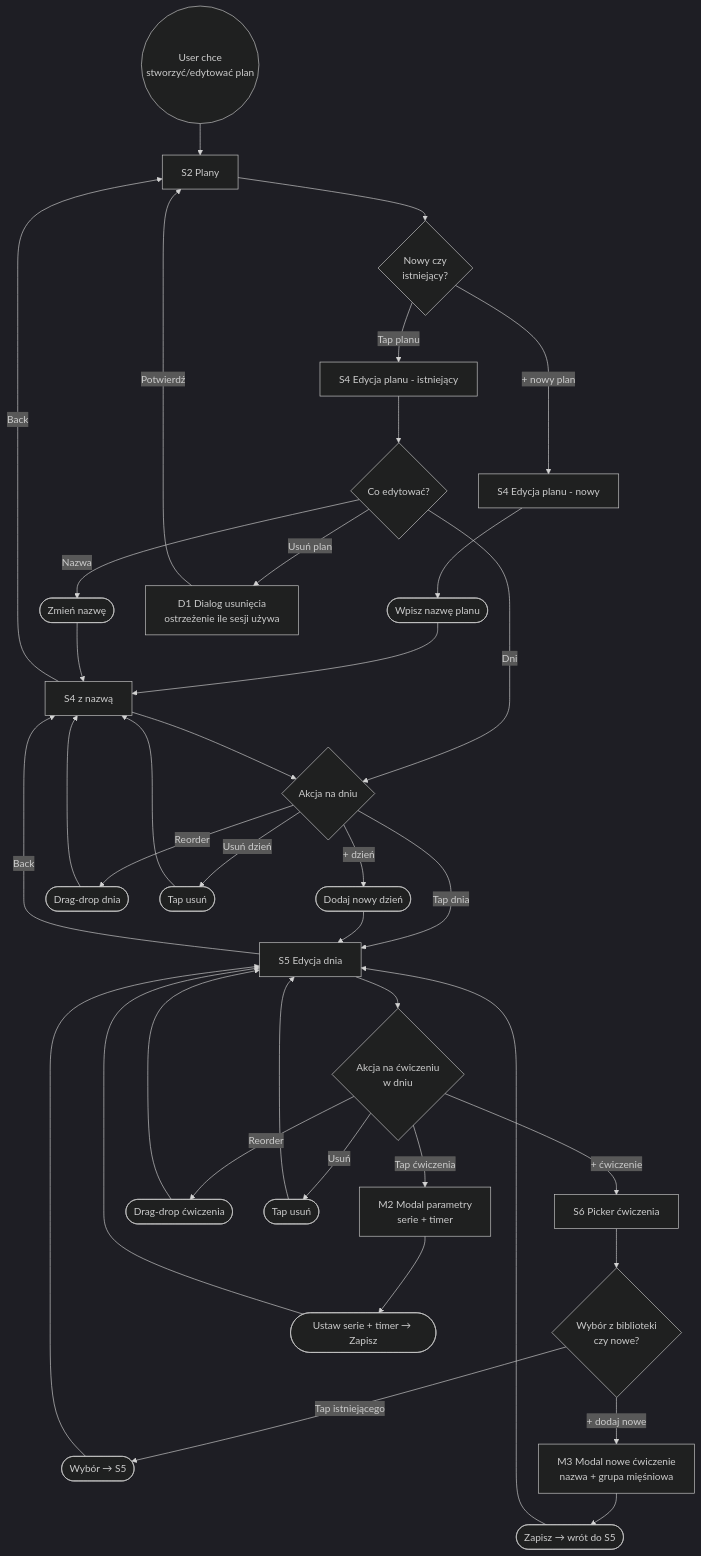
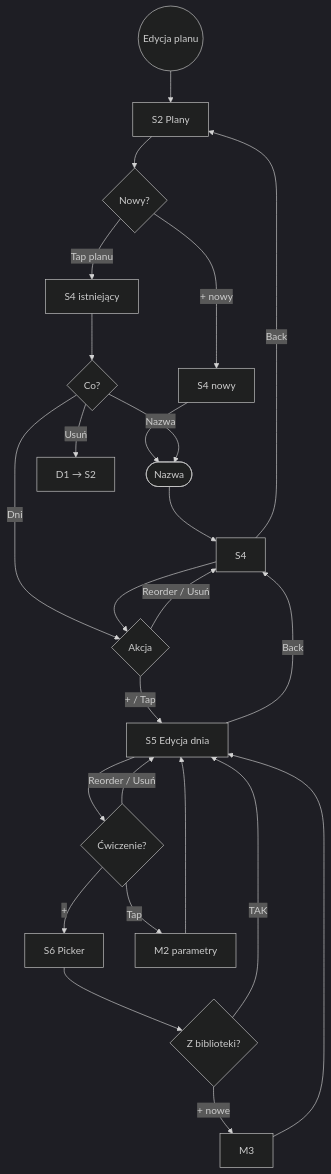
One commit to KrzysiekPorwol/PainZone_2.0 changed the fourth of 5 diagrams in docs/03-flows.md. Above: the diagram before and after it, drawn with Mermaid (dark theme). The commit also changed other lines of this file and 5 other files, not shown here.

````diff
--- a/docs/03-flows.md
+++ b/docs/03-flows.md
@@ -301,40 +167,23 @@
 ```mermaid
 flowchart TD
-    Start((User chce<br/>stworzyć/edytować plan)) --> S2[S2 Plany]
-    S2 --> Decision1{Nowy czy<br/>istniejący?}
-    Decision1 -->|+ nowy plan| S4New[S4 Edycja planu - nowy]
-    Decision1 -->|Tap planu| S4Edit[S4 Edycja planu - istniejący]
-    S4New --> ActionNameNew([Wpisz nazwę planu])
-    ActionNameNew --> S4Plan[S4 z nazwą]
-    S4Edit --> Decision2{Co edytować?}
-    Decision2 -->|Nazwa| ActionNameEdit([Zmień nazwę])
-    Decision2 -->|Dni| DaysFlow{Akcja na dniu}
-    Decision2 -->|Usuń plan| D1Plan[D1 Dialog usunięcia<br/>ostrzeżenie ile sesji używa]
-    D1Plan -->|Potwierdź| S2
-    ActionNameEdit --> S4Plan
-    S4Plan --> DaysFlow
-    DaysFlow -->|+ dzień| ActionAddDay([Dodaj nowy dzień])
-    DaysFlow -->|Tap dnia| S5[S5 Edycja dnia]
-    DaysFlow -->|Reorder| ActionReorderDay([Drag-drop dnia])
-    DaysFlow -->|Usuń dzień| ActionDeleteDay([Tap usuń])
-    ActionAddDay --> S5
-    ActionReorderDay --> S4Plan
-    ActionDeleteDay --> S4Plan
-    S5 --> ExFlow{Akcja na ćwiczeniu<br/>w dniu}
-    ExFlow -->|+ ćwiczenie| S6[S6 Picker ćwiczenia]
-    ExFlow -->|Tap ćwiczenia| M2[M2 Modal parametry<br/>serie + timer]
-    ExFlow -->|Reorder| ActionReorderEx([Drag-drop ćwiczenia])
-    ExFlow -->|Usuń| ActionDeleteEx([Tap usuń])
-    S6 --> Decision3{Wybór z biblioteki<br/>czy nowe?}
-    Decision3 -->|Tap istniejącego| BackToS5([Wybór → S5])
-    Decision3 -->|+ dodaj nowe| M3[M3 Modal nowe ćwiczenie<br/>nazwa + grupa mięśniowa]
-    M3 --> ActionSaveNew([Zapisz → wrót do S5])
-    BackToS5 --> S5
-    ActionSaveNew --> S5
-    M2 --> ActionSaveParams([Ustaw serie + timer → Zapisz])
-    ActionSaveParams --> S5
-    ActionReorderEx --> S5
-    ActionDeleteEx --> S5
-    S5 -->|Back| S4Plan
-    S4Plan -->|Back| S2
+    Start((Edycja planu)) --> S2[S2 Plany]
+    S2 --> D1{Nowy?}
+    D1 -->|+ nowy| S4N[S4 nowy]
+    D1 -->|Tap planu| S4E[S4 istniejący]
+    S4N --> Name([Nazwa]) --> S4[S4]
+    S4E --> D2{Co?}
+    D2 -->|Nazwa| Name
+    D2 -->|Dni| Days{Akcja}
+    D2 -->|Usuń| Del[D1 → S2]
+    S4 --> Days
+    Days -->|+ / Tap| S5[S5 Edycja dnia]
+    Days -->|Reorder / Usuń| S4
+    S5 --> D3{Ćwiczenie?}
+    D3 -->|+| S6[S6 Picker]
+    D3 -->|Tap| M2[M2 parametry] --> S5
+    D3 -->|Reorder / Usuń| S5
+    S6 --> D4{Z biblioteki?}
+    D4 -->|TAK| S5
+    D4 -->|+ nowe| M3[M3] --> S5
+    S5 -->|Back| S4 -->|Back| S2
 ```
````
